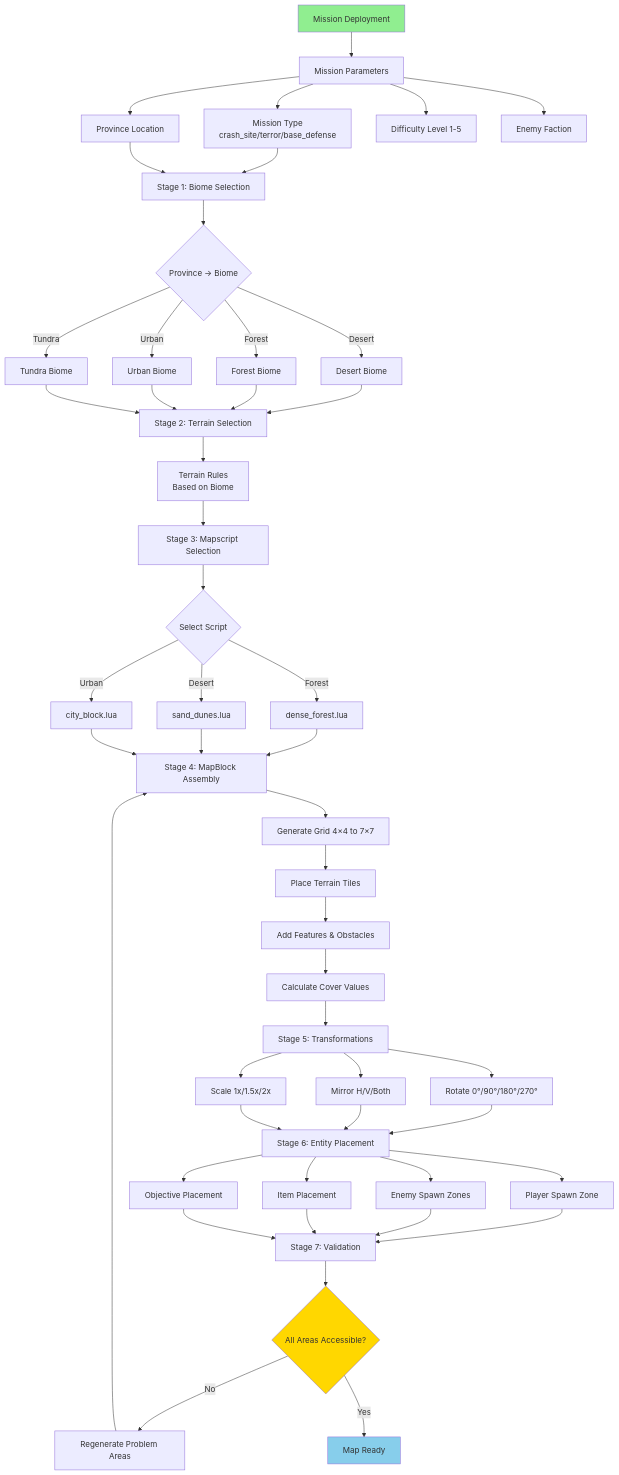
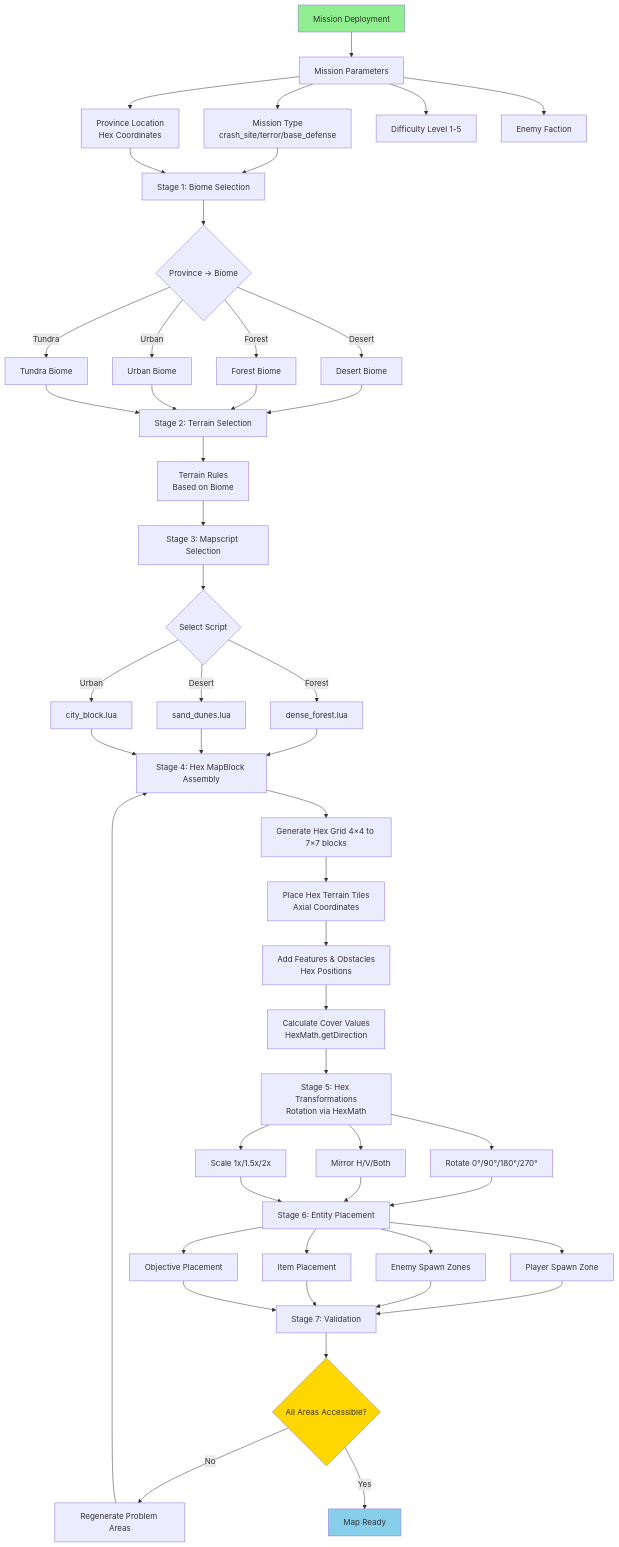
Before and after one commit to Bladum/AlienFall: the first of 8 diagrams in architecture/systems/PROCEDURAL_GENERATION.md, drawn with Mermaid. The commit also changed other lines of this file and 30 other files, not shown here.

````diff
--- a/architecture/systems/PROCEDURAL_GENERATION.md
+++ b/architecture/systems/PROCEDURAL_GENERATION.md
@@ -17,74 +30,74 @@
 ```mermaid
 graph TD
     Start[Mission Deployment] --> Input[Mission Parameters]
     
     Input --> MissionType[Mission Type<br/>crash_site/terror/base_defense]
-    Input --> Location[Province Location]
+    Input --> Location[Province Location<br/>Hex Coordinates]
     Input --> Difficulty[Difficulty Level 1-5]
     Input --> Faction[Enemy Faction]
     
     MissionType --> Biome[Stage 1: Biome Selection]
     Location --> Biome
     
     Biome --> BiomeMap{Province → Biome}
     
     BiomeMap -->|Desert| BiomeDesert[Desert Biome]
     BiomeMap -->|Forest| BiomeForest[Forest Biome]
     BiomeMap -->|Urban| BiomeUrban[Urban Biome]
     BiomeMap -->|Tundra| BiomeTundra[Tundra Biome]
     
     BiomeDesert --> Terrain[Stage 2: Terrain Selection]
     BiomeForest --> Terrain
     BiomeUrban --> Terrain
     BiomeTundra --> Terrain
     
     Terrain --> TerrainRules[Terrain Rules<br/>Based on Biome]
     
     TerrainRules --> Mapscript[Stage 3: Mapscript Selection]
     
     Mapscript --> Script{Select Script}
     
     Script -->|Forest| ForestScript[dense_forest.lua]
     Script -->|Desert| DesertScript[sand_dunes.lua]
     Script -->|Urban| UrbanScript[city_block.lua]
     
-    ForestScript --> Assembly[Stage 4: MapBlock Assembly]
+    ForestScript --> Assembly[Stage 4: Hex MapBlock Assembly]
     DesertScript --> Assembly
     UrbanScript --> Assembly
     
-    Assembly --> Grid[Generate Grid 4×4 to 7×7]
-    Grid --> PlaceTiles[Place Terrain Tiles]
-    PlaceTiles --> AddFeatures[Add Features & Obstacles]
-    AddFeatures --> CalcCover[Calculate Cover Values]
+    Assembly --> Grid[Generate Hex Grid 4×4 to 7×7 blocks]
+    Grid --> PlaceTiles[Place Hex Terrain Tiles<br/>Axial Coordinates]
+    PlaceTiles --> AddFeatures[Add Features & Obstacles<br/>Hex Positions]
+    AddFeatures --> CalcCover[Calculate Cover Values<br/>HexMath.getDirection]
     
-    CalcCover --> Transform[Stage 5: Transformations]
+    CalcCover --> Transform[Stage 5: Hex Transformations<br/>Rotation via HexMath]
     
     Transform --> Rotate[Rotate 0°/90°/180°/270°]
     Transform --> Mirror[Mirror H/V/Both]
     Transform --> Scale[Scale 1x/1.5x/2x]
     
     Rotate --> Placement[Stage 6: Entity Placement]
     Mirror --> Placement
     Scale --> Placement
     
     Placement --> PlayerSpawn[Player Spawn Zone]
     Placement --> EnemySpawn[Enemy Spawn Zones]
     Placement --> Items[Item Placement]
     Placement --> Objectives[Objective Placement]
     
     PlayerSpawn --> Validate[Stage 7: Validation]
     EnemySpawn --> Validate
     Items --> Validate
     Objectives --> Validate
     
     Validate --> PathCheck{All Areas Accessible?}
     
     PathCheck -->|No| Regenerate[Regenerate Problem Areas]
     PathCheck -->|Yes| Complete[Map Ready]
     
     Regenerate --> Assembly
     
     style Start fill:#90EE90
     style Complete fill:#87CEEB
     style PathCheck fill:#FFD700
 ```
````
